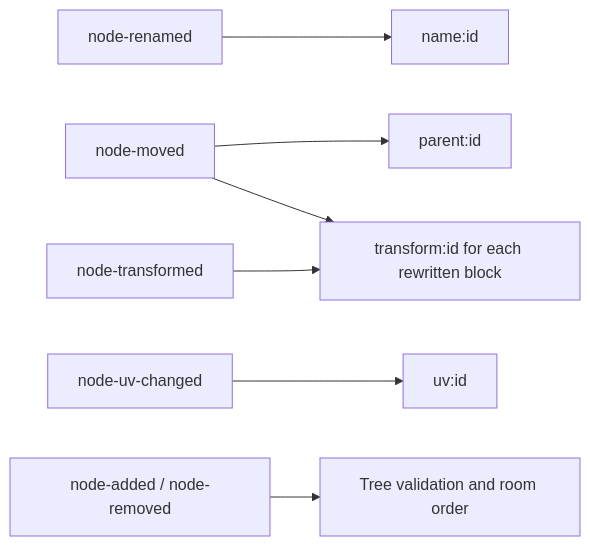
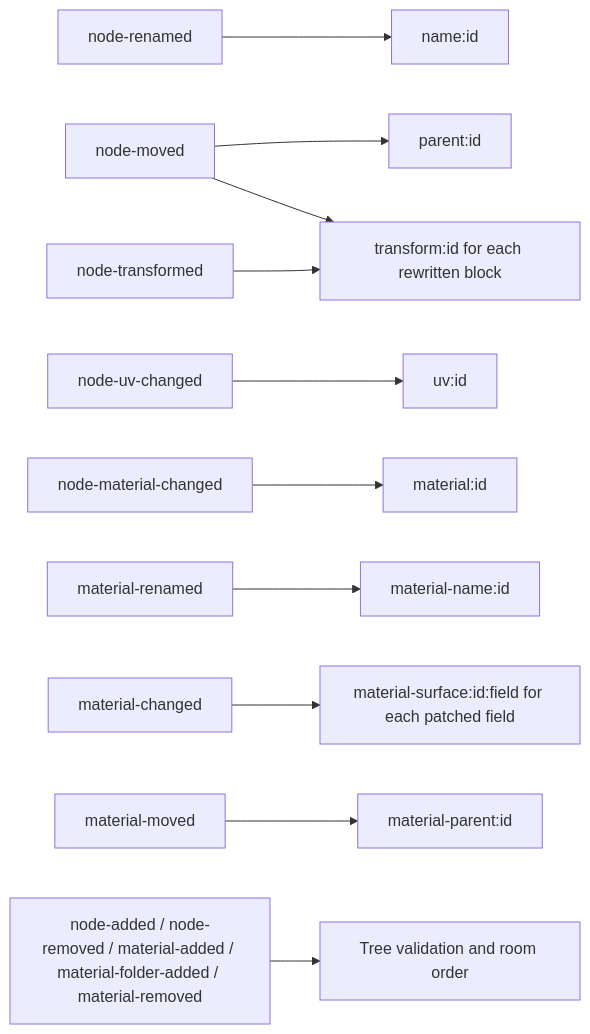
One commit to JollyPixel/editor changed the second of 2 diagrams in packages/assets/voxel-model/ARCHITECTURE.md. Above: the diagram before and after it, drawn with Mermaid. The commit also changed other lines of this file and 173 other files, not shown here.

````diff
--- a/packages/assets/voxel-model/ARCHITECTURE.md
+++ b/packages/assets/voxel-model/ARCHITECTURE.md
@@ -19,9 +19,13 @@
 ```mermaid
 flowchart LR
     Rename["node-renamed"] --> Name["name:id"]
     Move["node-moved"] --> Parent["parent:id"]
     Move --> Transform["transform:id for each rewritten block"]
     Edit["node-transformed"] --> Transform
     Uv["node-uv-changed"] --> UvKey["uv:id"]
-    AddRemove["node-added / node-removed"] --> Order["Tree validation and room order"]
+    Material["node-material-changed"] --> MaterialKey["material:id"]
+    MaterialName["material-renamed"] --> MaterialNameKey["material-name:id"]
+    MaterialSurface["material-changed"] --> MaterialSurfaceKey["material-surface:id:field for each patched field"]
+    MaterialMove["material-moved"] --> MaterialParentKey["material-parent:id"]
+    AddRemove["node-added / node-removed / material-added / material-folder-added / material-removed"] --> Order["Tree validation and room order"]
 ```
````
